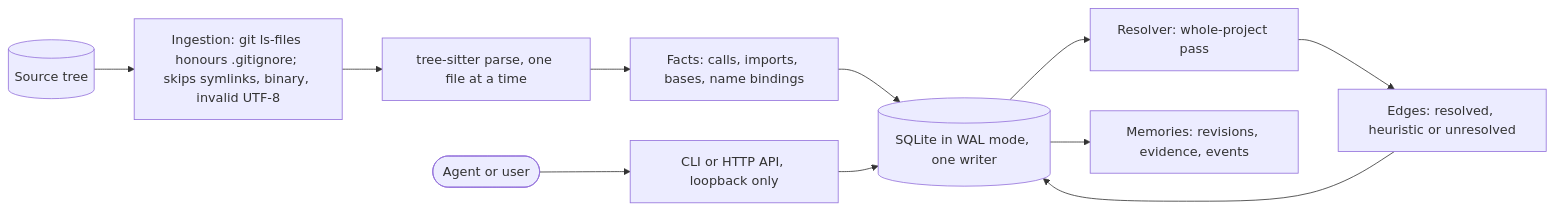
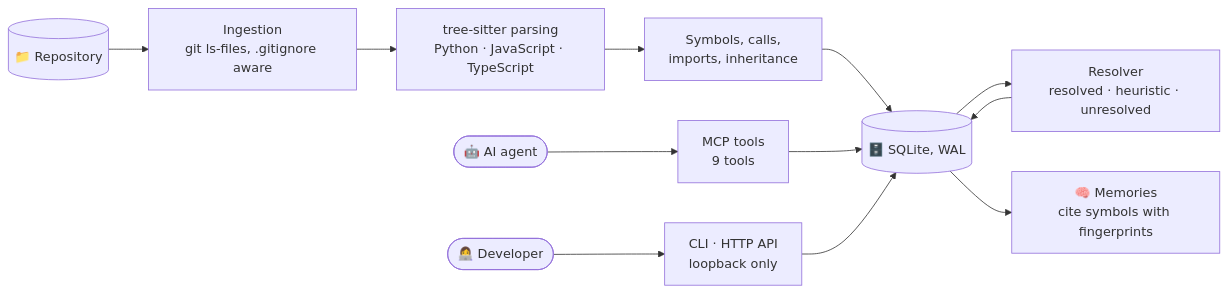
One commit to vishalvermauts/Veylqora changed the first of 5 diagrams in README.md. Above: the diagram before and after it, drawn with Mermaid. The commit also changed other lines of this file, not shown here.

Commit message:
README: redesign with clear structure, diagrams and verified results

````diff
--- a/README.md
+++ b/README.md
@@ -46,13 +25,14 @@
 ```mermaid
 flowchart LR
-    src[("Source tree")] --> ing["Ingestion: git ls-files honours .gitignore; skips symlinks, binary, invalid UTF-8"]
-    ing --> parse["tree-sitter parse, one file at a time"]
-    parse --> facts["Facts: calls, imports, bases, name bindings"]
-    facts --> db[("SQLite in WAL mode, one writer")]
-    db --> res["Resolver: whole-project pass"]
-    res --> edges["Edges: resolved, heuristic or unresolved"]
-    edges --> db
-    user(["Agent or user"]) --> api["CLI or HTTP API, loopback only"]
-    api --> db
-    db --> mem["Memories: revisions, evidence, events"]
+    repo[("📁 Repository")] --> ing["Ingestion<br/>git ls-files, .gitignore aware"]
+    ing --> parse["tree-sitter parsing<br/>Python · JavaScript · TypeScript"]
+    parse --> facts["Symbols, calls,<br/>imports, inheritance"]
+    facts --> db[("🗄️ SQLite, WAL")]
+    db --> res["Resolver<br/>resolved · heuristic · unresolved"]
+    res --> db
+    agent(["🤖 AI agent"]) --> mcp["MCP tools<br/>9 tools"]
+    user(["👩‍💻 Developer"]) --> cli["CLI · HTTP API<br/>loopback only"]
+    mcp --> db
+    cli --> db
+    db --> mem["🧠 Memories<br/>cite symbols with fingerprints"]
 ```
````
